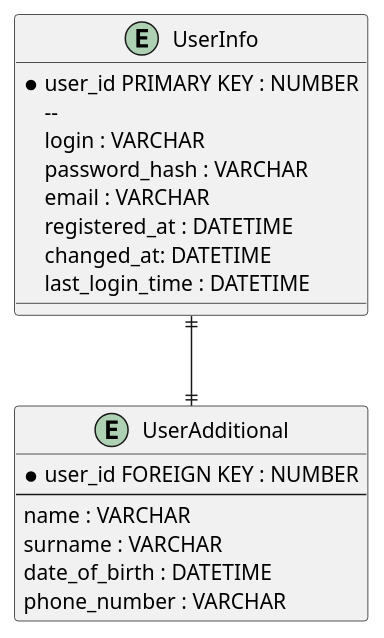
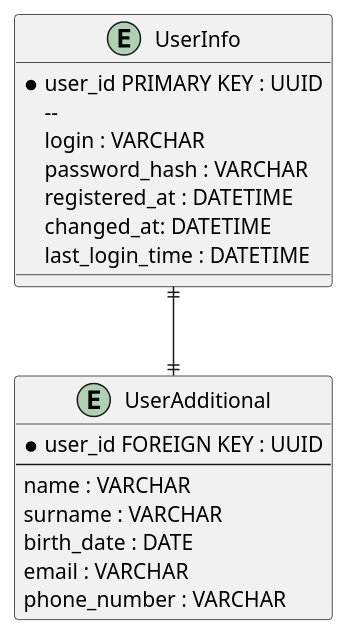
One commit to Doughnutik/SOA-HSE changed the diagram in user_service/database/db.puml. Above: the diagram before and after it, drawn with PlantUML. The commit also changed 8 other files, not shown here.

```diff
--- a/user_service/database/db.puml
+++ b/user_service/database/db.puml
@@ -1,25 +1,25 @@
 @startuml
 
 entity "UserInfo" {
-	* user_id PRIMARY KEY : NUMBER
+	* user_id PRIMARY KEY : UUID
   	--
   	login : VARCHAR
   	password_hash : VARCHAR
-	email : VARCHAR
 	registered_at : DATETIME
 	changed_at: DATETIME
 	last_login_time : DATETIME
 }
 
 entity "UserAdditional" {
-  	* user_id FOREIGN KEY : NUMBER
+  	* user_id FOREIGN KEY : UUID
   	--
 	name : VARCHAR
   	surname : VARCHAR
-	date_of_birth : DATETIME
+	birth_date : DATE
+	email : VARCHAR
 	phone_number : VARCHAR
 }
 
 UserInfo ||--|| UserAdditional
   
 @enduml
```
